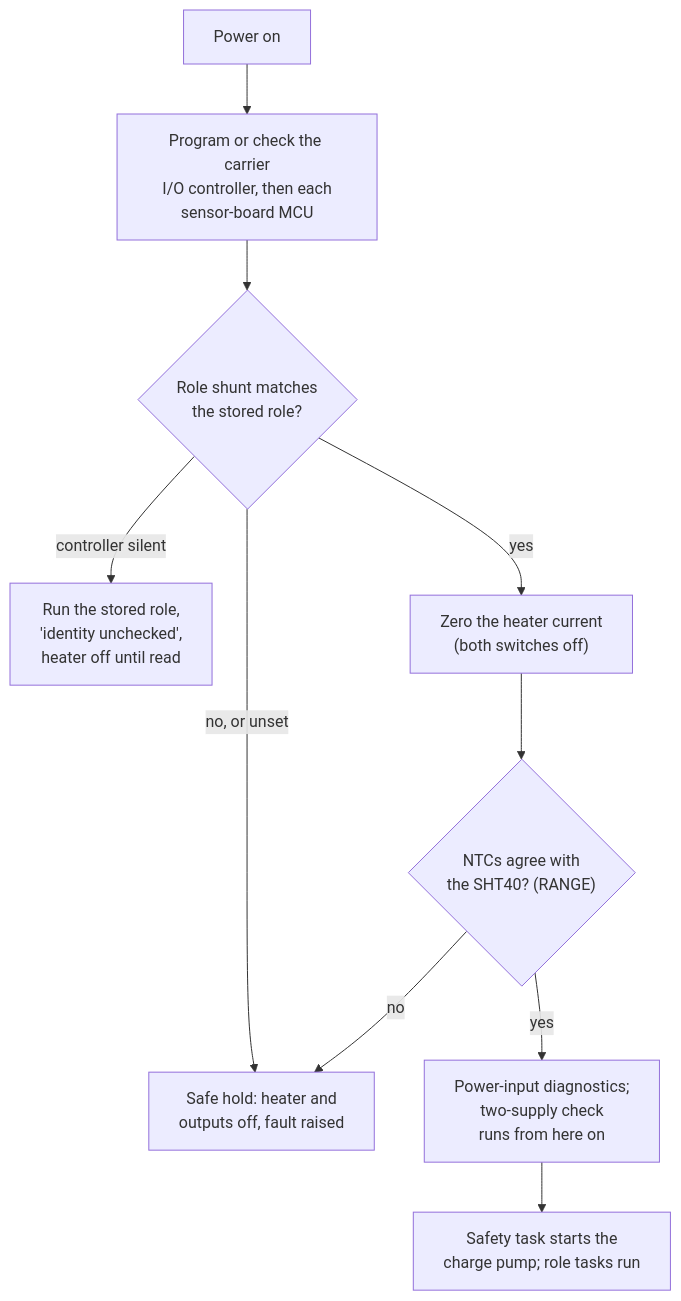
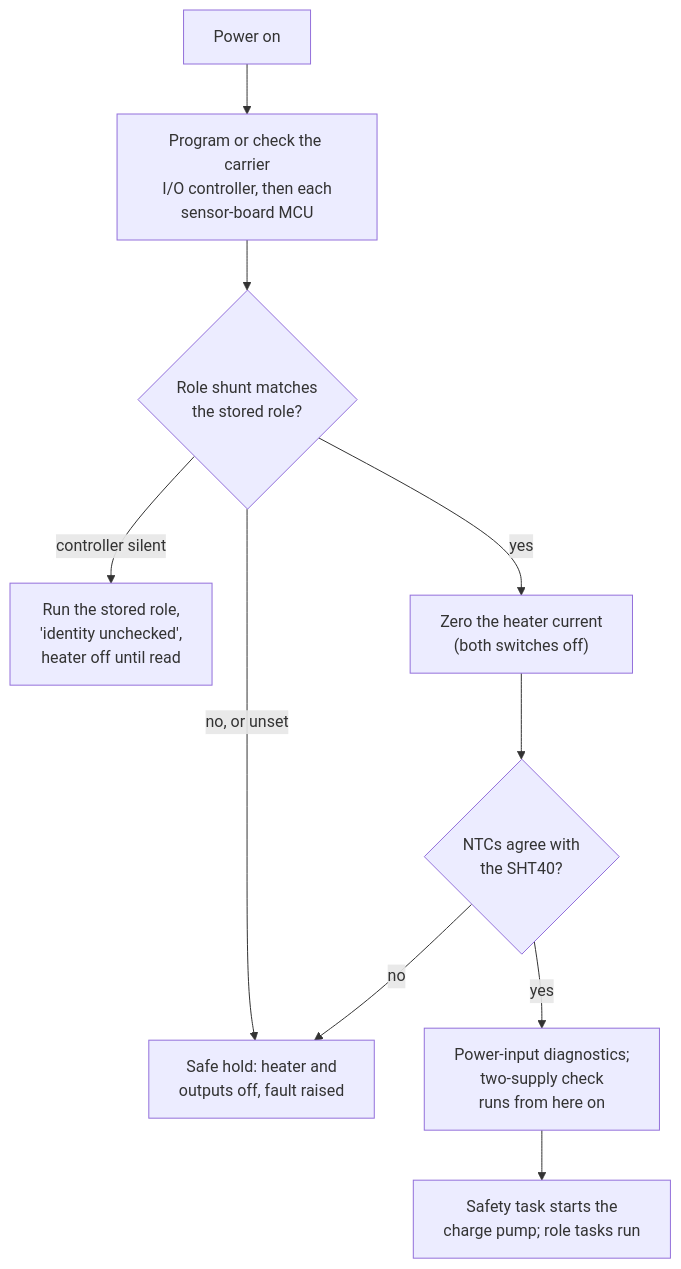
One commit to BashfulBits/3dp-fleet-exhaust changed the third of 10 diagrams in docs/07_firmware_and_comms.md. Above: the diagram before and after it, drawn with Mermaid. The commit also changed 4 other files, not shown here.

````diff
--- a/docs/07_firmware_and_comms.md
+++ b/docs/07_firmware_and_comms.md
@@ -74,12 +74,12 @@
 ```mermaid
 flowchart TD
   P["Power on"] --> PY["Program or check the carrier<br>I/O controller, then each<br>sensor-board MCU"]
   PY --> ID{"Role shunt matches<br>the stored role?"}
   ID -->|"no, or unset"| SH["Safe hold: heater and<br>outputs off, fault raised"]
   ID -->|"controller silent"| UC["Run the stored role,<br>'identity unchecked',<br>heater off until read"]
   ID -->|"yes"| Z["Zero the heater current<br>(both switches off)"]
-  Z --> RG{"NTCs agree with<br>the SHT40? (RANGE)"}
+  Z --> RG{"NTCs agree with<br>the SHT40?"}
   RG -->|"no"| SH
   RG -->|"yes"| PD["Power-input diagnostics;<br>two-supply check<br>runs from here on"]
   PD --> ST["Safety task starts the<br>charge pump; role tasks run"]
 ```
````
